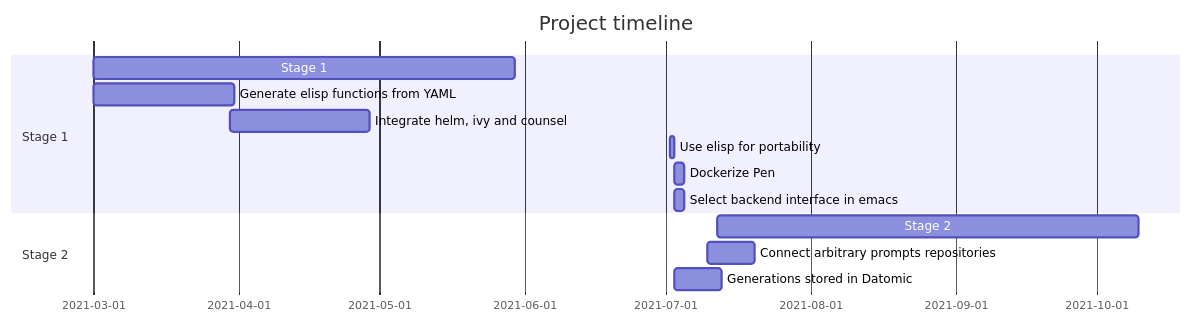
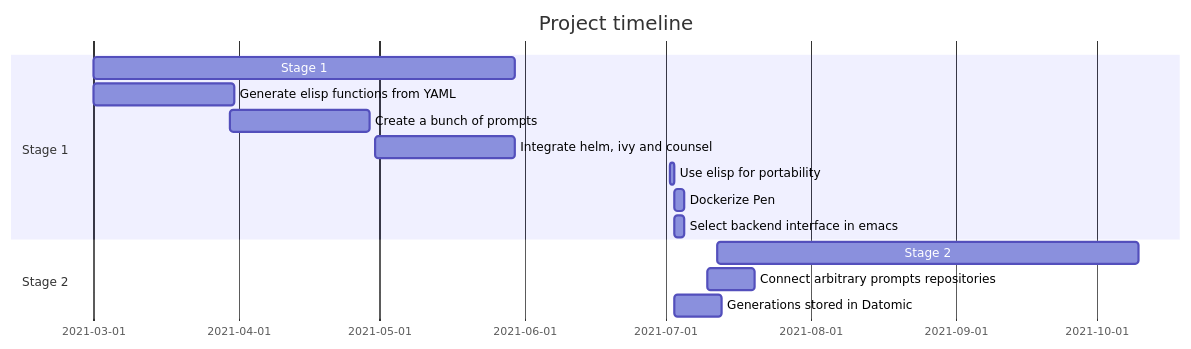
Before and after one commit to semiosis/pen.el: the diagram in docs/README.org, drawn with Mermaid. The commit also changed 1 other file, not shown here.

Commit message:
Fri 02 Jul 2021 16:08:45

```diff
--- a/docs/README.org
+++ b/docs/README.org
@@ -19,16 +19,17 @@
 #+BEGIN_SRC mermaid :results raw :file project-timeline.png
 gantt
         title Project timeline
         dateFormat  YYYY-MM-DD
         section Stage 1
         Stage 1    :s1, 2021-03-01, 90d
         Generate elisp functions from YAML    :a1, 2021-03-01, 30d
-        Integrate helm, ivy and counsel     :a3, 2021-03-30, 30d
+        Create a bunch of prompts     :a3, 2021-03-30, 30d
+        Integrate helm, ivy and counsel     :a4, 2021-04-30, 30d
         Use elisp for portability     :a2, 2021-07-02, 1d
         Dockerize Pen     :after a2  , 2d
         Select backend interface in emacs     :after a2  , 2d
         section Stage 2
         Stage 2   :s2, 2021-07-12, 90d
         Connect arbitrary prompts repositories :b1, 2021-07-10, 10d
         Generations stored in Datomic :after a2  , 10d
 #+END_SRC
```
